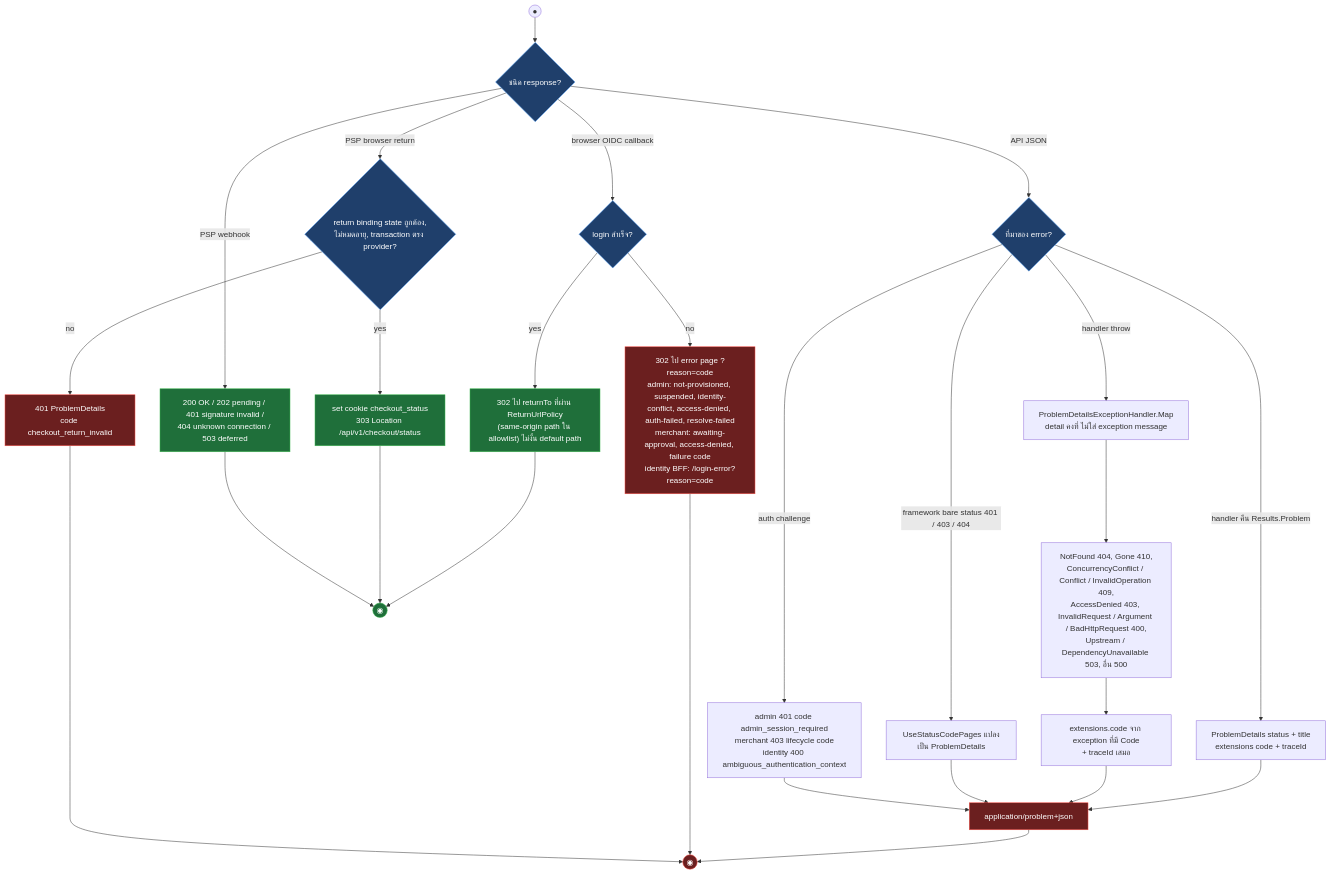
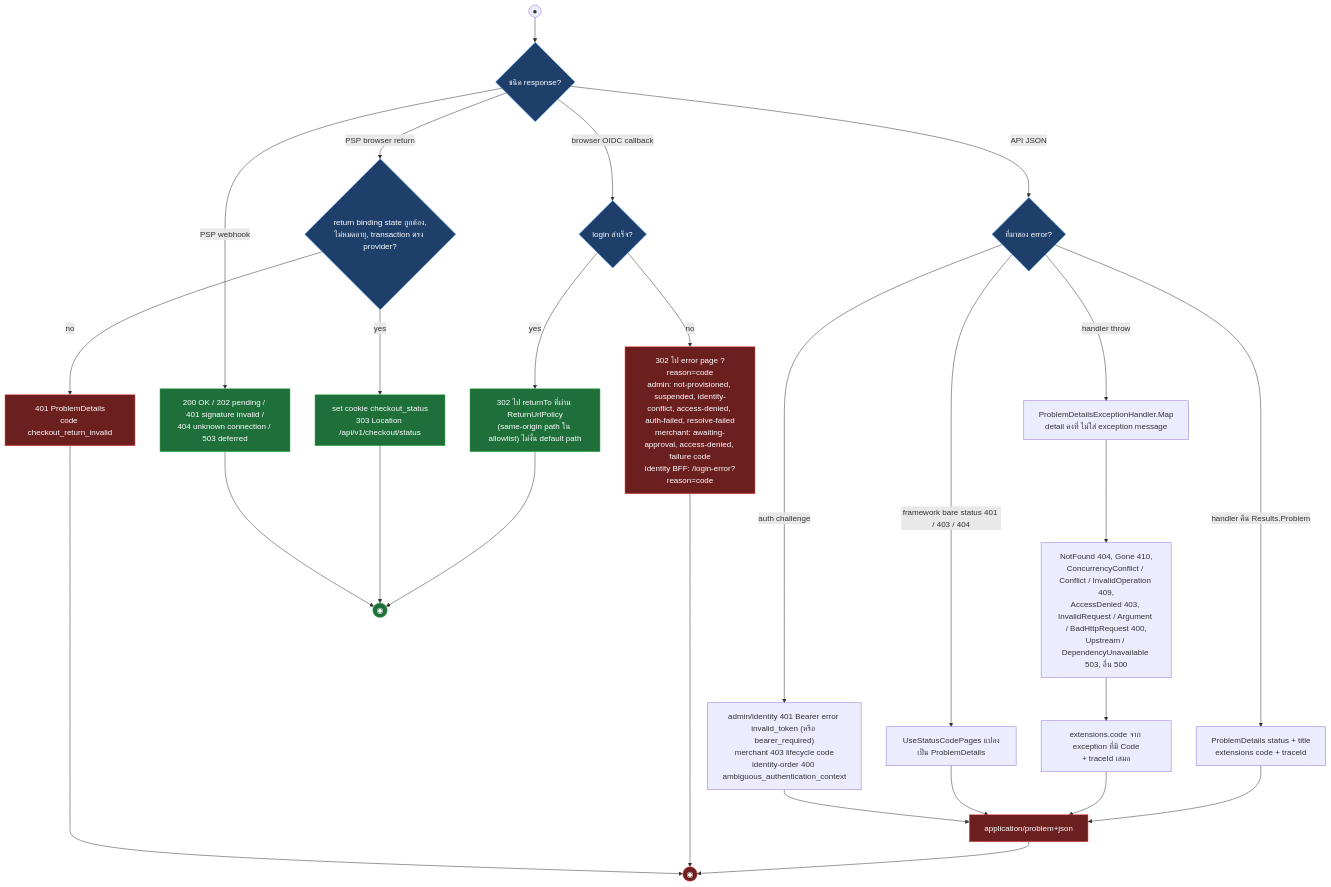
One commit to metrodiesign/pol-core changed the ninth of 9 diagrams in outputs/diagrams/2026-09-14_api-endpoints_v1/00-cross-cutting.activities.md. Above: the diagram before and after it, drawn with Mermaid. The commit also changed other lines of this file and 42 other files, not shown here.

First line of the commit message:
docs: align reference docs and the API diagram set with the Bearer-only admin plane

````diff
--- a/outputs/diagrams/2026-09-14_api-endpoints_v1/00-cross-cutting.activities.md
+++ b/outputs/diagrams/2026-09-14_api-endpoints_v1/00-cross-cutting.activities.md
@@ -480,35 +451,35 @@
 ```mermaid
 flowchart TD
     START((●)) --> KIND{"ชนิด response?"}
     KIND -->|"API JSON"| SRC{"ที่มาของ error?"}
     SRC -->|"handler คืน Results.Problem"| EXPLICIT["ProblemDetails status + title<br/>extensions code + traceId"]
     SRC -->|"handler throw"| MAP["ProblemDetailsExceptionHandler.Map<br/>detail คงที่ ไม่ใส่ exception message"]
     MAP --> TABLE["NotFound 404, Gone 410,<br/>ConcurrencyConflict / Conflict / InvalidOperation 409,<br/>AccessDenied 403, InvalidRequest / Argument / BadHttpRequest 400,<br/>Upstream / DependencyUnavailable 503, อื่น 500"]
     TABLE --> CODE["extensions.code จาก exception ที่มี Code<br/>+ traceId เสมอ"]
     SRC -->|"framework bare status 401 / 403 / 404"| SCP["UseStatusCodePages แปลงเป็น ProblemDetails"]
-    SRC -->|"auth challenge"| CHAL["admin 401 code admin_session_required<br/>merchant 403 lifecycle code<br/>identity 400 ambiguous_authentication_context"]
+    SRC -->|"auth challenge"| CHAL["admin/identity 401 Bearer error invalid_token (หรือ bearer_required)<br/>merchant 403 lifecycle code<br/>identity-order 400 ambiguous_authentication_context"]
     EXPLICIT --> JSON["application/problem+json"]
     CODE --> JSON
     SCP --> JSON
     CHAL --> JSON
     JSON --> END_F((◉))
     KIND -->|"browser OIDC callback"| CB{"login สำเร็จ?"}
     CB -->|yes| RET["302 ไป returnTo ที่ผ่าน ReturnUrlPolicy<br/>(same-origin path ใน allowlist) ไม่งั้น default path"]
     CB -->|no| DENY["302 ไป error page ?reason=code<br/>admin: not-provisioned, suspended, identity-conflict, access-denied, auth-failed, resolve-failed<br/>merchant: awaiting-approval, access-denied, failure code<br/>identity BFF: /login-error?reason=code"]
     RET --> END_S((◉))
     DENY --> END_F
     KIND -->|"PSP browser return"| PR{"return binding state ถูกต้อง,<br/>ไม่หมดอายุ, transaction ตรง provider?"}
     PR -->|no| R401_PR["401 ProblemDetails<br/>code checkout_return_invalid"]
     PR -->|yes| R303["set cookie checkout_status<br/>303 Location /api/v1/checkout/status"]
     R303 --> END_S
     R401_PR --> END_F
     KIND -->|"PSP webhook"| WH["200 OK / 202 pending / 401 signature invalid /<br/>404 unknown connection / 503 deferred"]
     WH --> END_S
 
     classDef ok fill:#1f6f3a,stroke:#3fb950,color:#fff
     classDef fail fill:#6b1f1f,stroke:#f85149,color:#fff
     classDef gate fill:#1f3f6b,stroke:#58a6ff,color:#fff
     class RET,R303,WH,END_S ok
     class JSON,DENY,R401_PR,END_F fail
     class KIND,SRC,CB,PR gate
 ```
````
